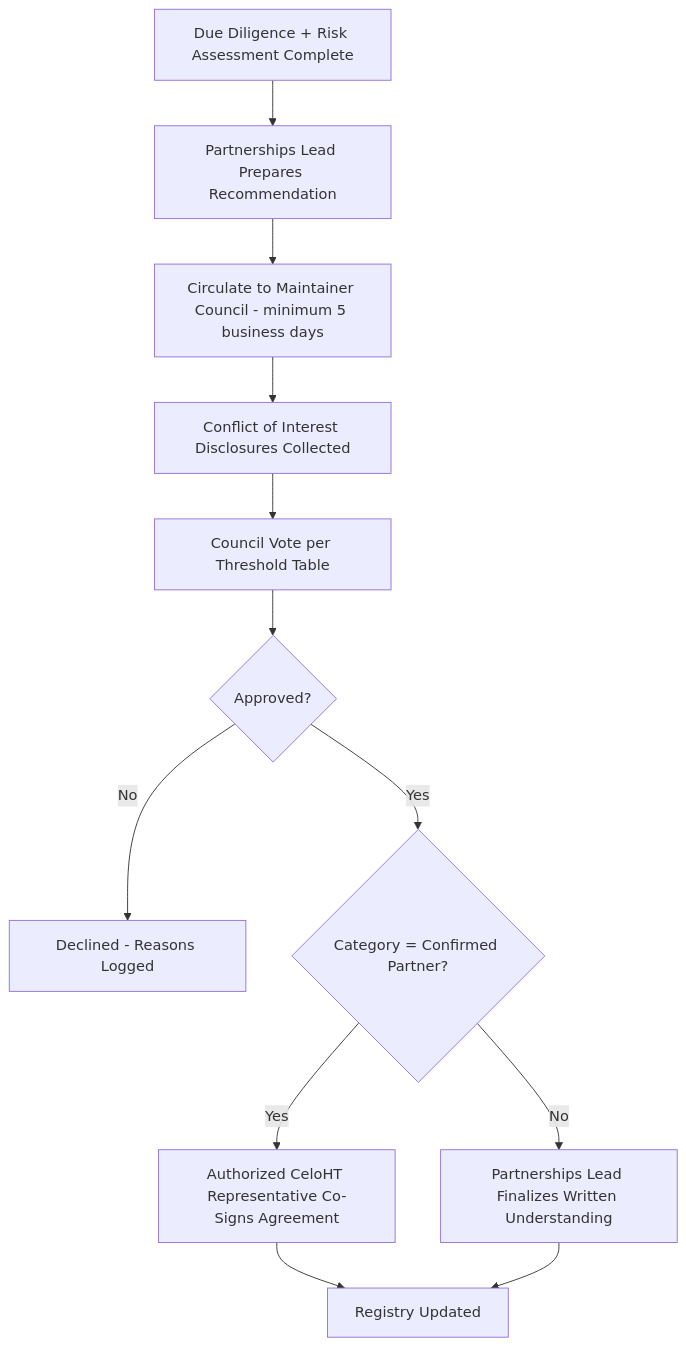
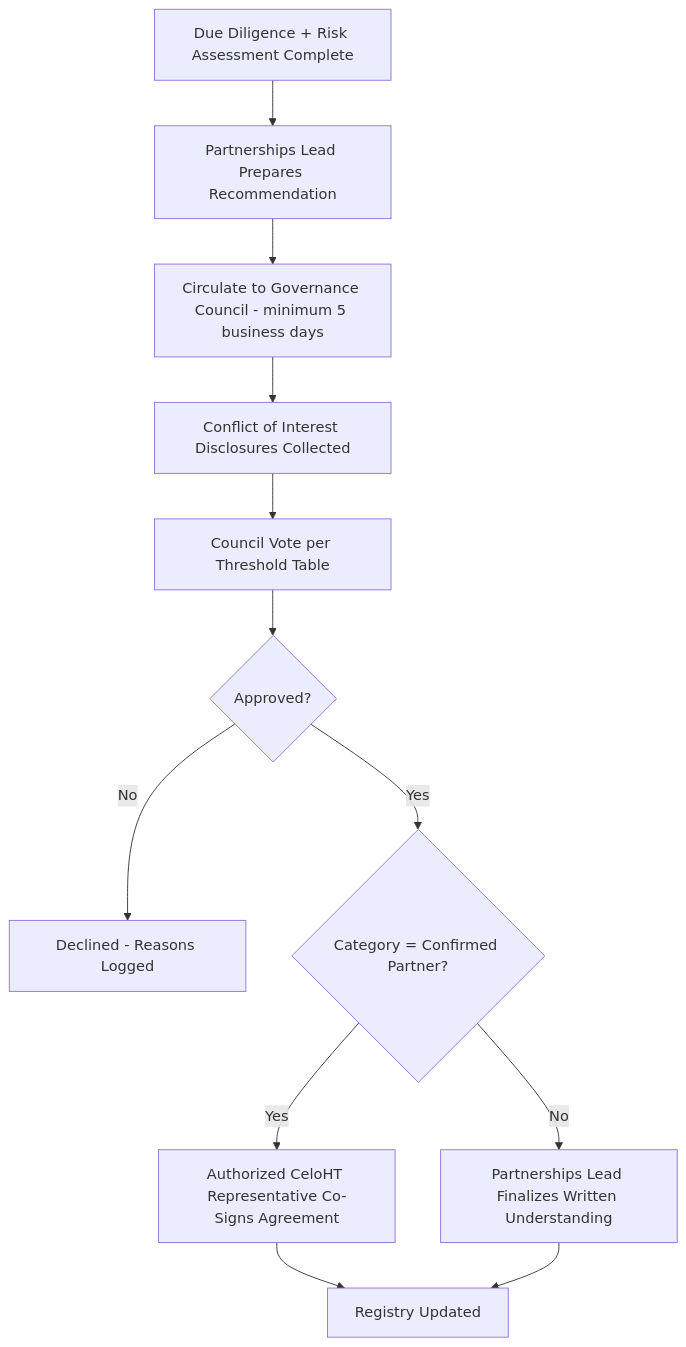
The fifth of 6 diagrams in PARTNERSHIPS.md (Celo-HaiTi/celoht-research), drawn with Mermaid before and after one commit. The commit also changed other lines of this file and 20 other files, not shown here.

````diff
--- a/PARTNERSHIPS.md
+++ b/PARTNERSHIPS.md
@@ -409,14 +411,14 @@
 ```mermaid
 flowchart TD
     A[Due Diligence + Risk Assessment Complete] --> B[Partnerships Lead Prepares Recommendation]
-    B --> C[Circulate to Maintainer Council - minimum 5 business days]
+    B --> C[Circulate to Governance Council - minimum 5 business days]
     C --> D[Conflict of Interest Disclosures Collected]
     D --> E[Council Vote per Threshold Table]
     E --> F{Approved?}
     F -- No --> G[Declined - Reasons Logged]
     F -- Yes --> H{Category = Confirmed Partner?}
     H -- Yes --> I[Authorized CeloHT Representative Co-Signs Agreement]
     H -- No --> J[Partnerships Lead Finalizes Written Understanding]
     I --> K[Registry Updated]
     J --> K
 ```
````
